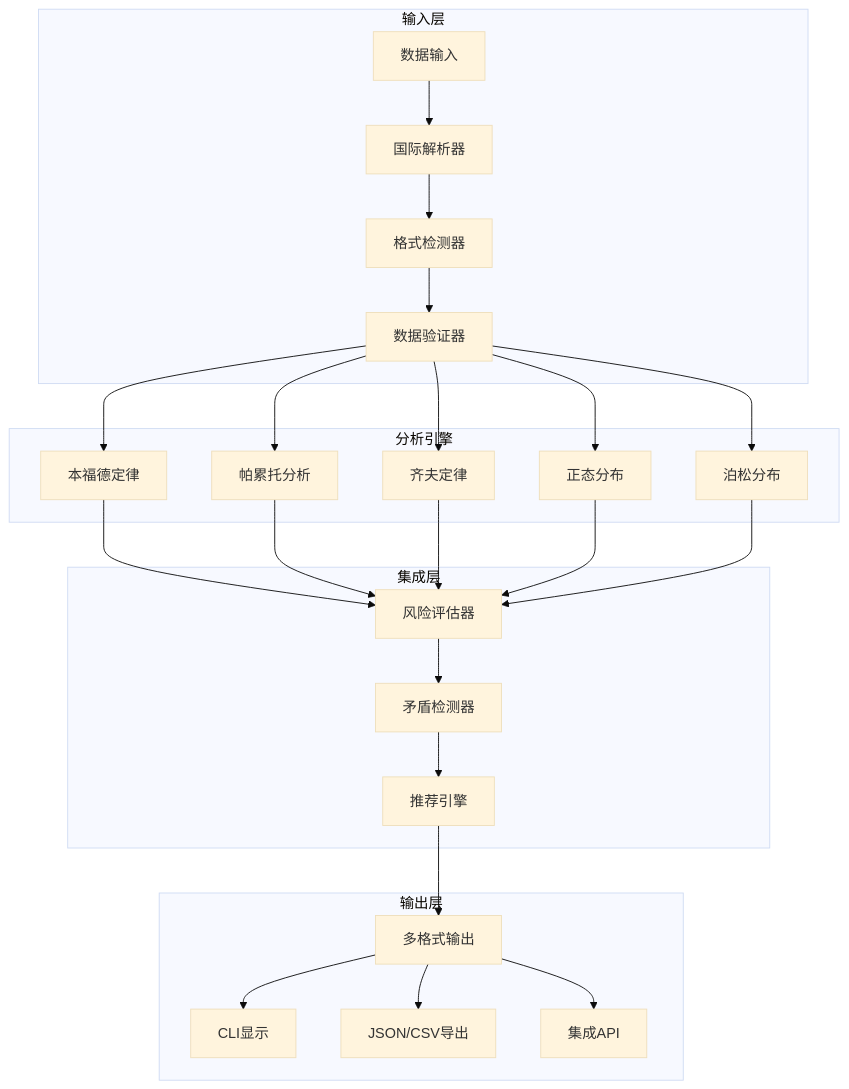
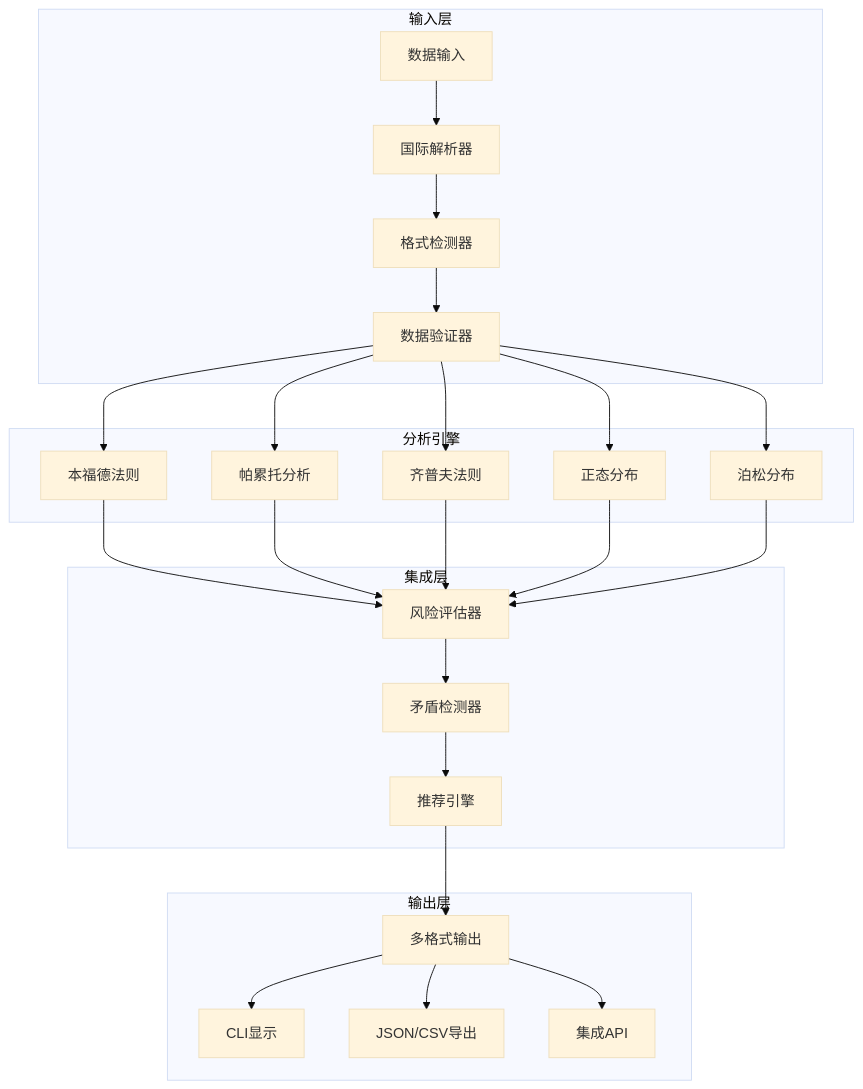
One commit to kako-jun/lawkit changed the diagram in docs/guides/architecture_zh.md. Above: the diagram before and after it, drawn with Mermaid (base theme). The commit also changed other lines of this file and 39 other files, not shown here.

First line of the commit message:
update: Matrix 1 translation progress - completed architecture files

````diff
--- a/docs/guides/architecture_zh.md
+++ b/docs/guides/architecture_zh.md
@@ -13,33 +13,33 @@
 ```mermaid
 graph TB
     subgraph "输入层"
         A[数据输入] --> B[国际解析器]
         B --> C[格式检测器]
         C --> D[数据验证器]
     end
     
     subgraph "分析引擎"
-        D --> E[本福德定律]
+        D --> E[本福德法则]
         D --> F[帕累托分析]
-        D --> G[齐夫定律]
+        D --> G[齐普夫法则]
         D --> H[正态分布]
         D --> I[泊松分布]
     end
     
     subgraph "集成层"
         E --> J[风险评估器]
         F --> J
         G --> J
         H --> J
         I --> J
         J --> K[矛盾检测器]
         K --> L[推荐引擎]
     end
     
     subgraph "输出层"
         L --> M[多格式输出]
         M --> N[CLI显示]
         M --> O[JSON/CSV导出]
         M --> P[集成API]
     end
 ```
````
